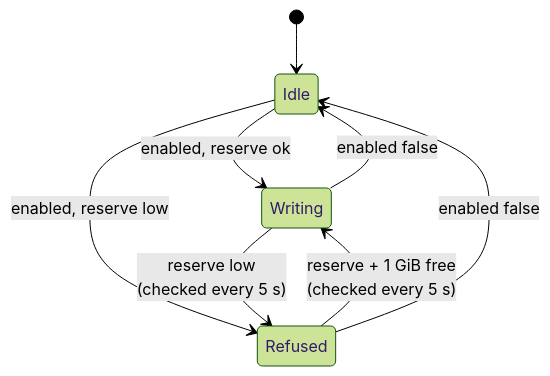
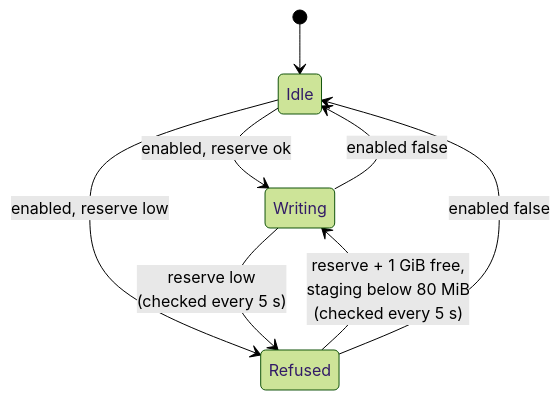
One commit to Deggory/edgepilot changed the second of 3 diagrams in docs/recording.md. Above: the diagram before and after it, drawn with Mermaid (forest theme). The commit also changed other lines of this file and 71 other files, not shown here.

````diff
--- a/docs/recording.md
+++ b/docs/recording.md
@@ -55,10 +61,10 @@
 ```mermaid
 stateDiagram-v2
     [*] --> Idle
     Idle --> Writing: enabled, reserve ok
     Idle --> Refused: enabled, reserve low
     Writing --> Idle: enabled false
     Writing --> Refused: reserve low<br>(checked every 5 s)
-    Refused --> Writing: reserve + 1 GiB free<br>(checked every 5 s)
+    Refused --> Writing: reserve + 1 GiB free,<br>staging below 80 MiB<br>(checked every 5 s)
     Refused --> Idle: enabled false
 ```
````
